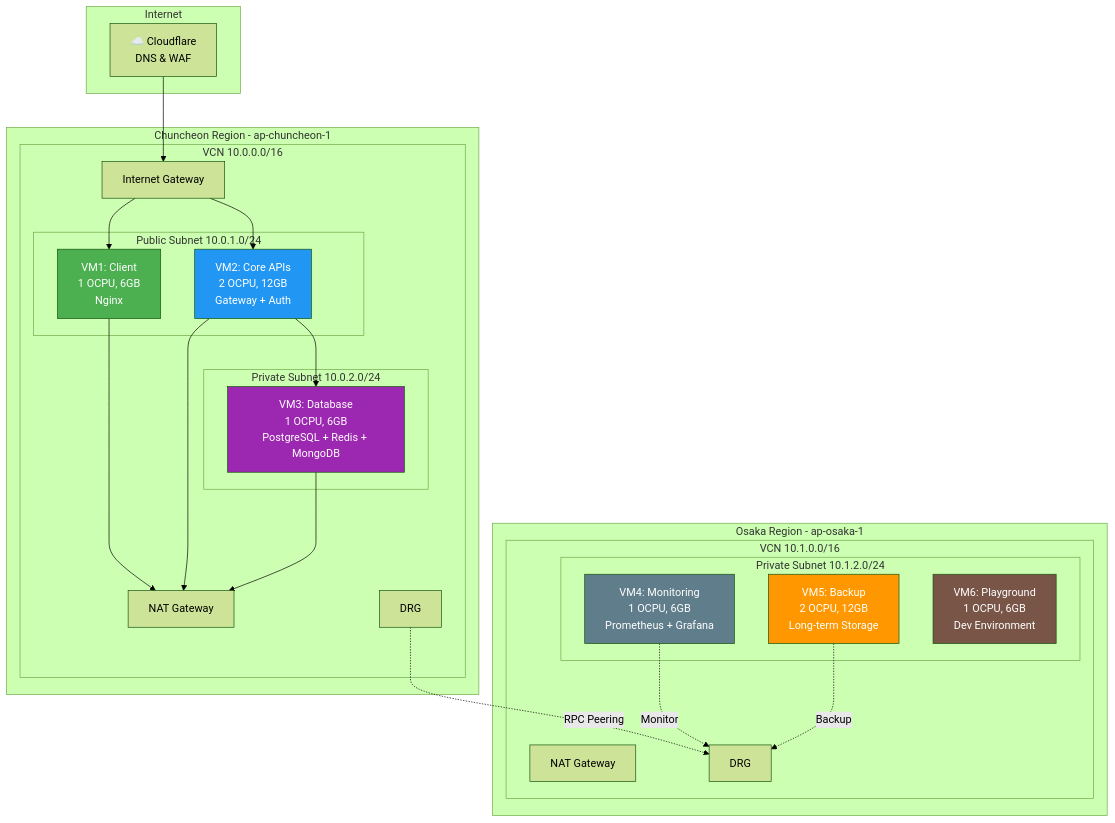
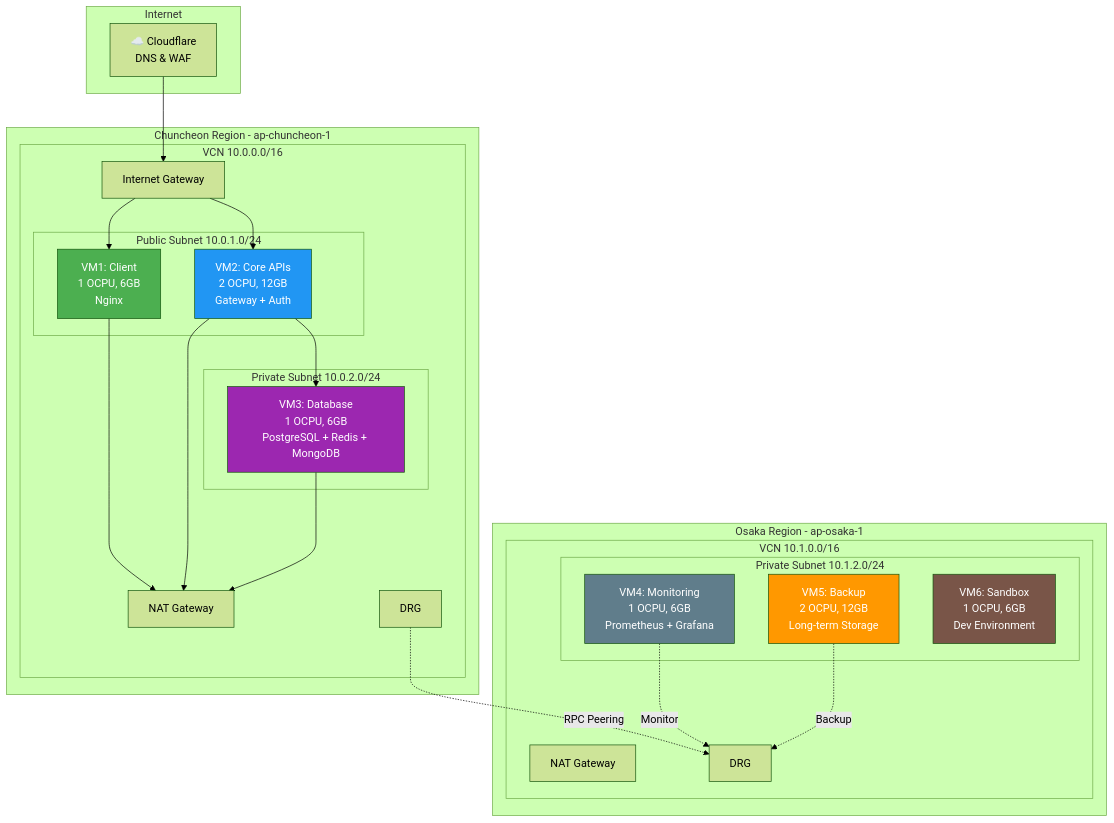
Before and after one commit to BNGdrasil/Baedalus: the diagram in README.md, drawn with Mermaid (forest theme). The commit also changed other lines of this file and 9 other files, not shown here.

````diff
--- a/README.md
+++ b/README.md
@@ -89,52 +89,52 @@
 ```mermaid
 graph TB
     subgraph "Internet"
         CF[☁️ Cloudflare<br/>DNS & WAF]
     end
     
     subgraph "Chuncheon Region - ap-chuncheon-1"
         subgraph "VCN 10.0.0.0/16"
             subgraph "Public Subnet 10.0.1.0/24"
                 VM1[VM1: Client<br/>1 OCPU, 6GB<br/>Nginx]
                 VM2[VM2: Core APIs<br/>2 OCPU, 12GB<br/>Gateway + Auth]
             end
             subgraph "Private Subnet 10.0.2.0/24"
                 VM3[VM3: Database<br/>1 OCPU, 6GB<br/>PostgreSQL + Redis + MongoDB]
             end
             NAT1[NAT Gateway]
             IGW1[Internet Gateway]
             DRG1[DRG]
         end
     end
     
     subgraph "Osaka Region - ap-osaka-1"
         subgraph "VCN 10.1.0.0/16"
             subgraph "Private Subnet 10.1.2.0/24"
                 VM4[VM4: Monitoring<br/>1 OCPU, 6GB<br/>Prometheus + Grafana]
                 VM5[VM5: Backup<br/>2 OCPU, 12GB<br/>Long-term Storage]
-                VM6[VM6: Playground<br/>1 OCPU, 6GB<br/>Dev Environment]
+                VM6[VM6: Sandbox<br/>1 OCPU, 6GB<br/>Dev Environment]
             end
             NAT2[NAT Gateway]
             DRG2[DRG]
         end
     end
     
     CF --> IGW1
     IGW1 --> VM1
     IGW1 --> VM2
     VM1 --> NAT1
     VM2 --> NAT1
     VM3 --> NAT1
     
     VM2 --> VM3
     DRG1 -.RPC Peering.-> DRG2
     VM4 -.Monitor.-> DRG2
     VM5 -.Backup.-> DRG2
     
     style VM1 fill:#4CAF50,color:#fff
     style VM2 fill:#2196F3,color:#fff
     style VM3 fill:#9C27B0,color:#fff
     style VM4 fill:#607D8B,color:#fff
     style VM5 fill:#FF9800,color:#fff
     style VM6 fill:#795548,color:#fff
 ```
````
